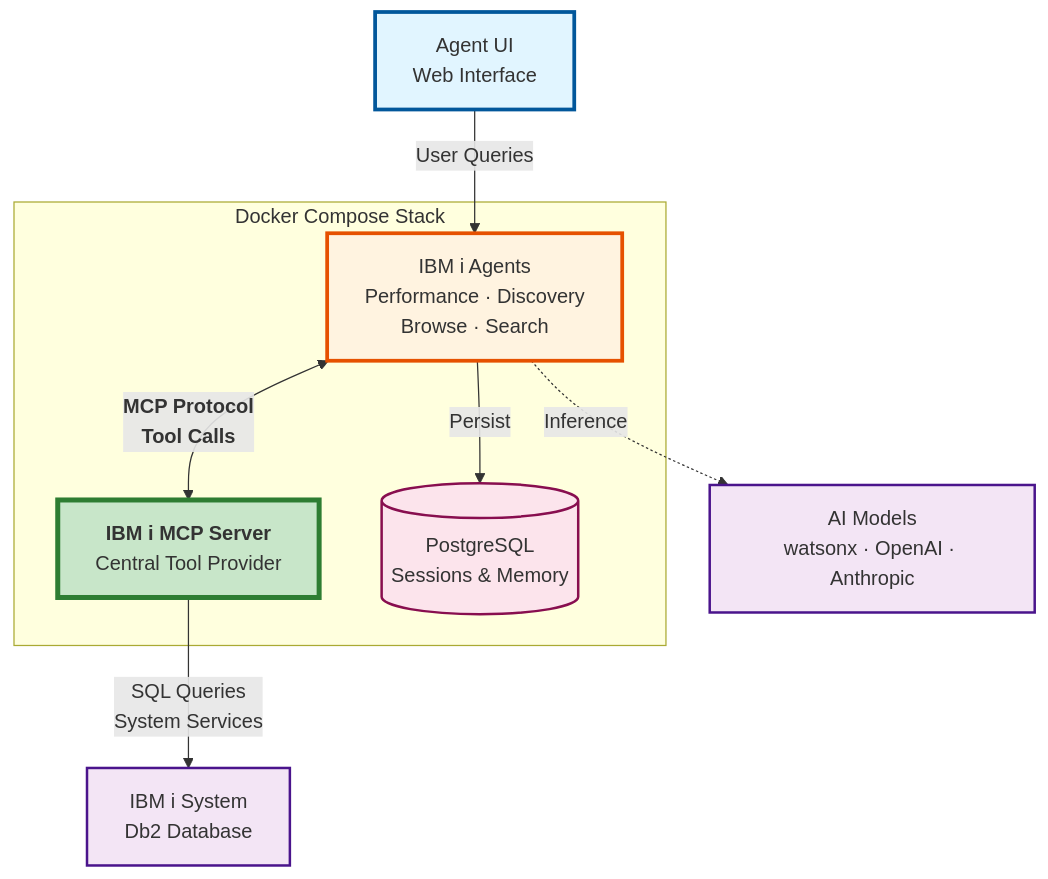
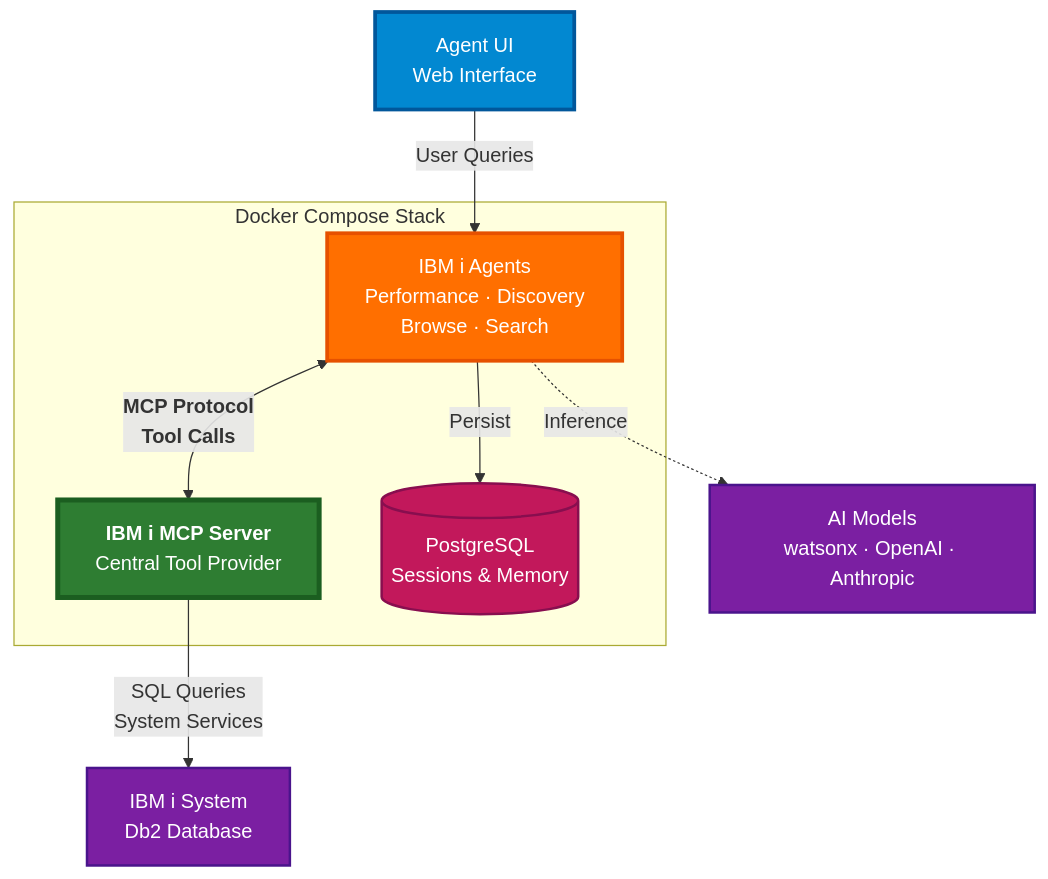
The diagram in agents/docker/ibmi-agent-infra/README.md (IBM/ibmi-mcp-server), drawn with Mermaid before and after one commit.

Commit message:
improve diagram contrast

````diff
--- a/agents/docker/ibmi-agent-infra/README.md
+++ b/agents/docker/ibmi-agent-infra/README.md
@@ -7,32 +7,32 @@
 ```mermaid
 graph TB
     UI[Agent UI<br/>Web Interface]
 
     subgraph "Docker Compose Stack"
         Agents[IBM i Agents<br/>Performance · Discovery<br/>Browse · Search]
         MCP[<b>IBM i MCP Server</b><br/>Central Tool Provider]
         DB[(PostgreSQL<br/>Sessions & Memory)]
     end
 
     LLM[AI Models<br/>watsonx · OpenAI · Anthropic]
     IBM_i[IBM i System<br/>Db2 Database]
 
     UI -->|User Queries| Agents
     Agents <-->|<b>MCP Protocol</b><br/><b>Tool Calls</b>| MCP
     Agents -.->|Inference| LLM
     Agents -->|Persist| DB
     MCP -->|SQL Queries<br/>System Services| IBM_i
 
-    %% Styling
-    classDef ui fill:#e1f5ff,stroke:#01579b,stroke-width:3px
-    classDef agents fill:#fff3e0,stroke:#e65100,stroke-width:3px
-    classDef mcp fill:#c8e6c9,stroke:#2e7d32,stroke-width:4px
-    classDef external fill:#f3e5f5,stroke:#4a148c,stroke-width:2px
-    classDef database fill:#fce4ec,stroke:#880e4f,stroke-width:2px
+    %% Styling with better contrast
+    classDef ui fill:#0288d1,stroke:#01579b,stroke-width:3px,color:#fff
+    classDef agents fill:#ff6f00,stroke:#e65100,stroke-width:3px,color:#fff
+    classDef mcp fill:#2e7d32,stroke:#1b5e20,stroke-width:4px,color:#fff
+    classDef external fill:#7b1fa2,stroke:#4a148c,stroke-width:2px,color:#fff
+    classDef database fill:#c2185b,stroke:#880e4f,stroke-width:2px,color:#fff
 
     class UI ui
     class Agents agents
     class MCP mcp
     class LLM,IBM_i external
     class DB database
 ```
````
